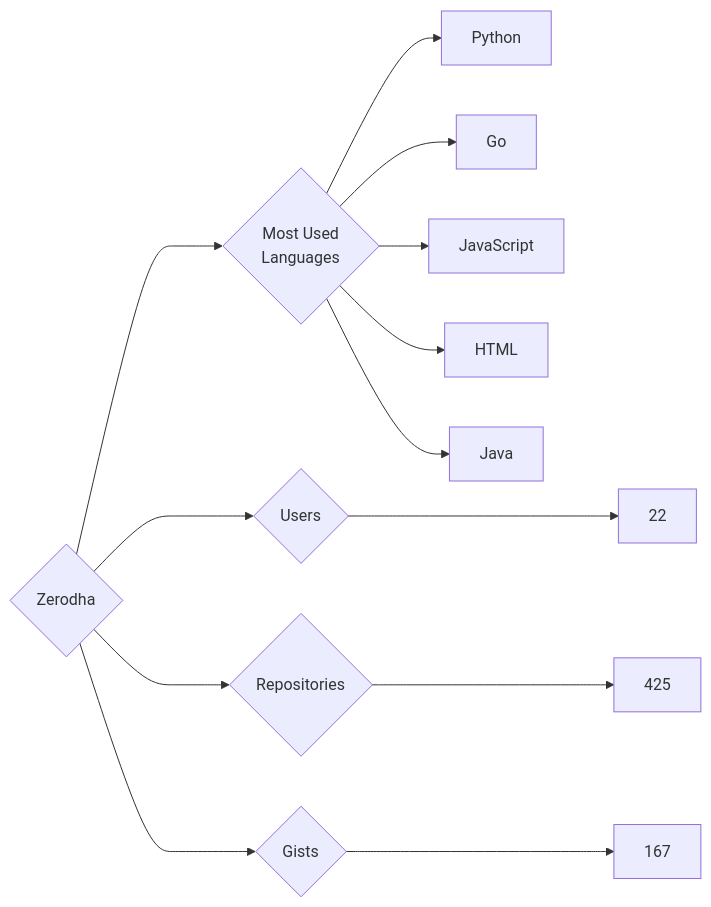
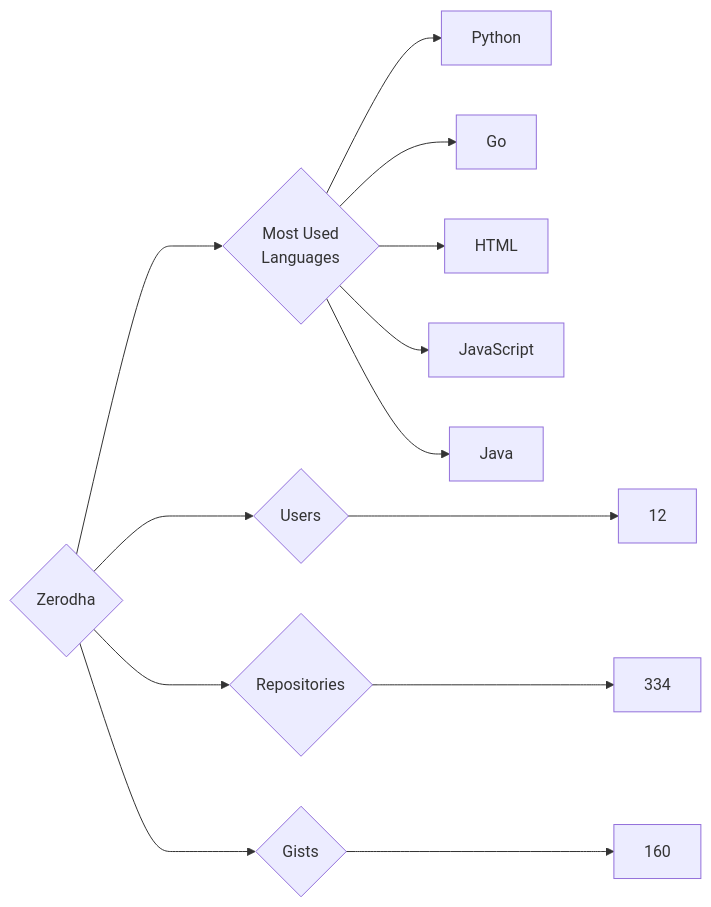
The diagram in targets/Zerodha/README.md (trickest/insiders), drawn with Mermaid before and after one commit. The commit also changed 870 other files, not shown here.

````diff
--- a/targets/Zerodha/README.md
+++ b/targets/Zerodha/README.md
@@ -3,13 +3,13 @@
 ```mermaid
 graph LR
 COMPANY_NAME{Zerodha}
-COMPANY_NAME ---> U{Users} ---> UN[22]
-COMPANY_NAME ---> R{Repositories} ---> RN[425]
-COMPANY_NAME ---> G{Gists} ---> GN[167]
+COMPANY_NAME ---> U{Users} ---> UN[12]
+COMPANY_NAME ---> R{Repositories} ---> RN[334]
+COMPANY_NAME ---> G{Gists} ---> GN[160]
 COMPANY_NAME ---> ML{Most Used<br>Languages}
 ML --> Python[Python]
 ML --> Go[Go]
+ML --> HTML[HTML]
 ML --> JavaScript[JavaScript]
-ML --> HTML[HTML]
 ML --> Java[Java]
 ```
````
